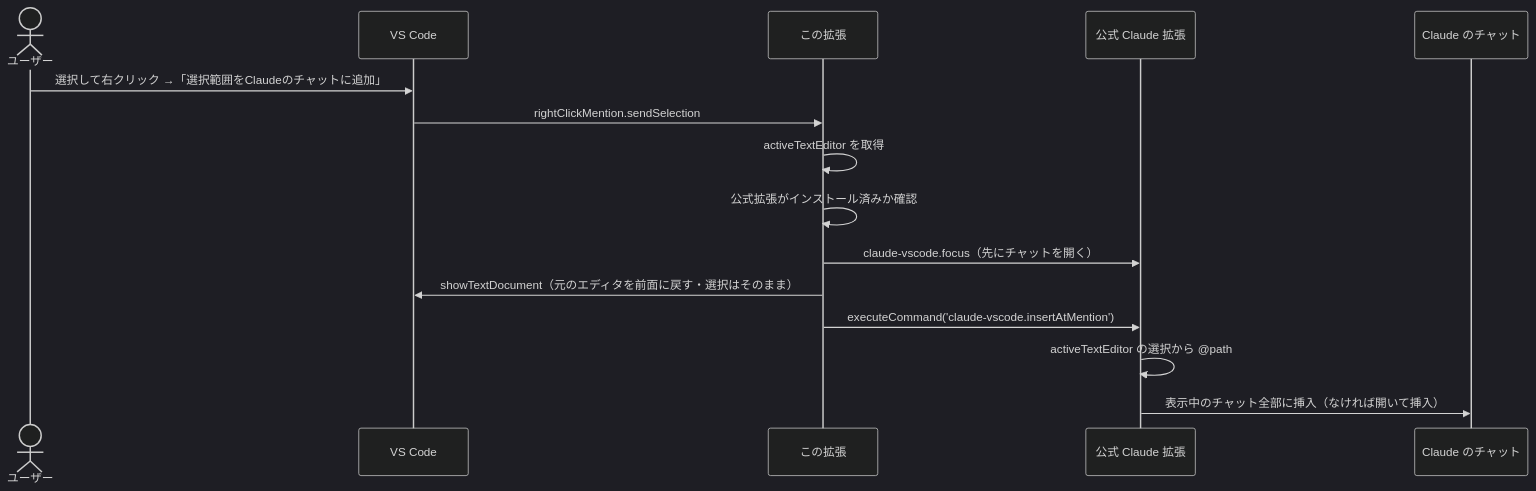
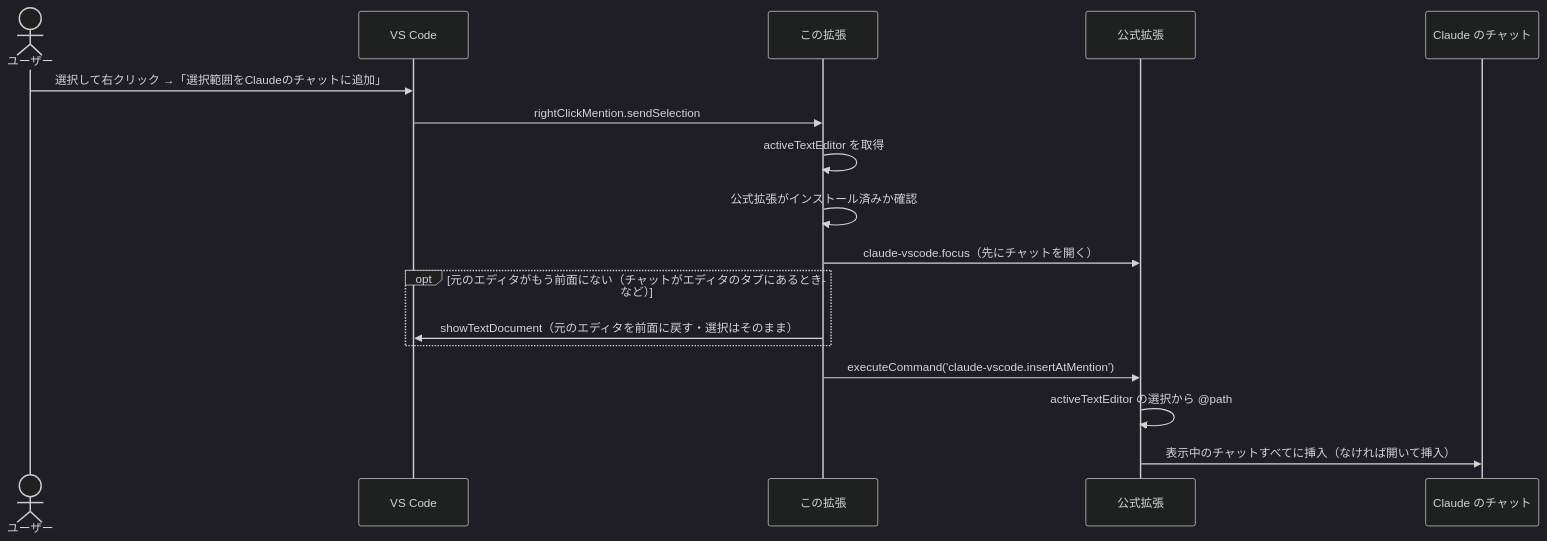
The fourth of 7 diagrams in docs/ARCHITECTURE.md (kip2/refs-to-chat), drawn with Mermaid (dark theme) before and after one commit. The commit also changed other lines of this file and 20 other files, not shown here.

````diff
--- a/docs/ARCHITECTURE.md
+++ b/docs/ARCHITECTURE.md
@@ -191,18 +194,20 @@
 ```mermaid
 sequenceDiagram
   actor U as ユーザー
   participant VS as VS Code
   participant E as この拡張
-  participant C as 公式 Claude 拡張
+  participant C as 公式拡張
   participant W as Claude のチャット
 
   U->>VS: 選択して右クリック →「選択範囲をClaudeのチャットに追加」
   VS->>E: rightClickMention.sendSelection
   E->>E: activeTextEditor を取得
   E->>E: 公式拡張がインストール済みか確認
   E->>C: claude-vscode.focus（先にチャットを開く）
-  E->>VS: showTextDocument（元のエディタを前面に戻す・選択はそのまま）
+  opt 元のエディタがもう前面にない（チャットがエディタのタブにあるときなど）
+    E->>VS: showTextDocument（元のエディタを前面に戻す・選択はそのまま）
+  end
   E->>C: executeCommand('claude-vscode.insertAtMention')
   C->>C: activeTextEditor の選択から @path#5-10 を作る
-  C->>W: 表示中のチャット全部に挿入（なければ開いて挿入）
+  C->>W: 表示中のチャットすべてに挿入（なければ開いて挿入）
 ```
````
